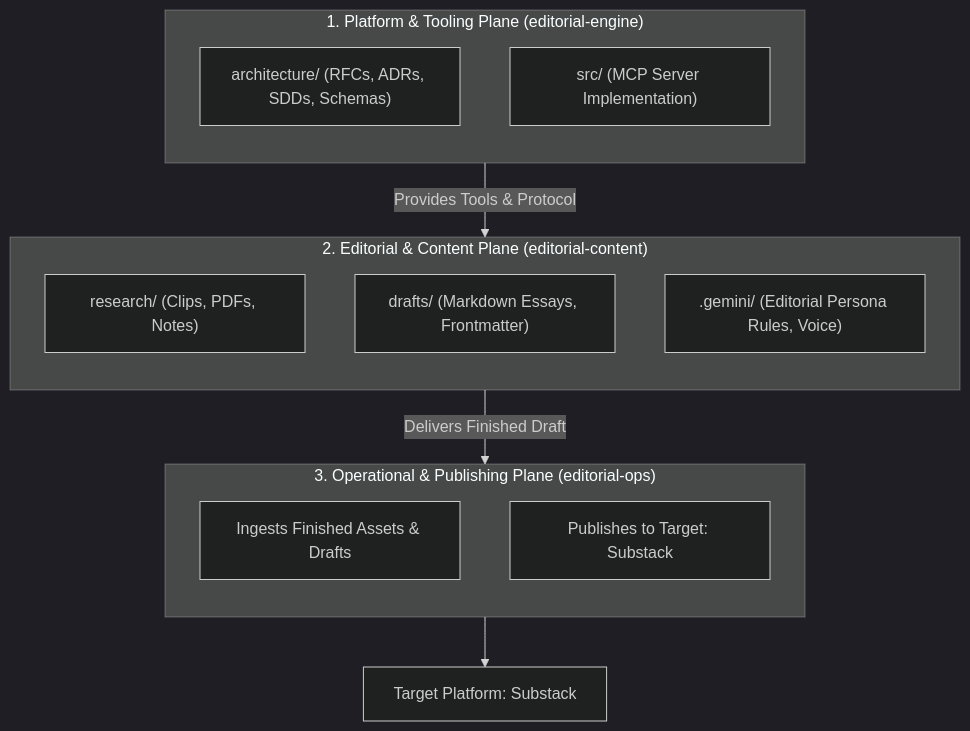
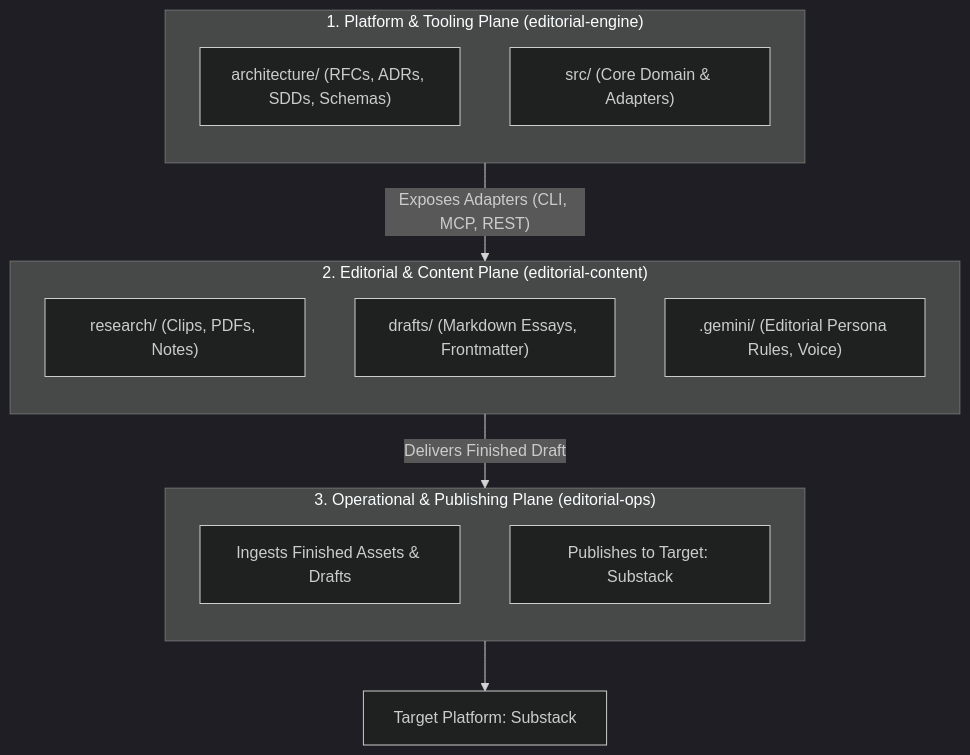
The first of 3 diagrams in architecture/rfcs/0001_multi_plane_repository_topology.md (mnaatjes/editorial-engine), drawn with Mermaid (dark theme) before and after one commit. The commit also changed other lines of this file, not shown here.

Commit message:
docs(rfc0001) decoupled protocol from logic

````diff
--- a/architecture/rfcs/0001_multi_plane_repository_topology.md
+++ b/architecture/rfcs/0001_multi_plane_repository_topology.md
@@ -21,25 +21,25 @@
 ```mermaid
 flowchart TD
     subgraph EnginePlane["1. Platform & Tooling Plane (editorial-engine)"]
         direction TB
         Arch["architecture/ (RFCs, ADRs, SDDs, Schemas)"]
-        MCPSrc["src/ (MCP Server Implementation)"]
+        EngineSrc["src/ (Core Domain & Adapters)"]
     end
 
     subgraph ContentPlane["2. Editorial & Content Plane (editorial-content)"]
         direction TB
         Research["research/ (Clips, PDFs, Notes)"]
         Drafts["drafts/ (Markdown Essays, Frontmatter)"]
         WProfile[".gemini/ (Editorial Persona Rules, Voice)"]
     end
 
     subgraph OpsPlane["3. Operational & Publishing Plane (editorial-ops)"]
         direction TB
         Collector["Ingests Finished Assets & Drafts"]
         Publisher["Publishes to Target: Substack"]
     end
 
-    EnginePlane -- "Provides Tools & Protocol" --> ContentPlane
+    EnginePlane -- "Exposes Adapters (CLI, MCP, REST)" --> ContentPlane
     ContentPlane -- "Delivers Finished Draft" --> OpsPlane
     OpsPlane --> Substack["Target Platform: Substack"]
 ```
````
